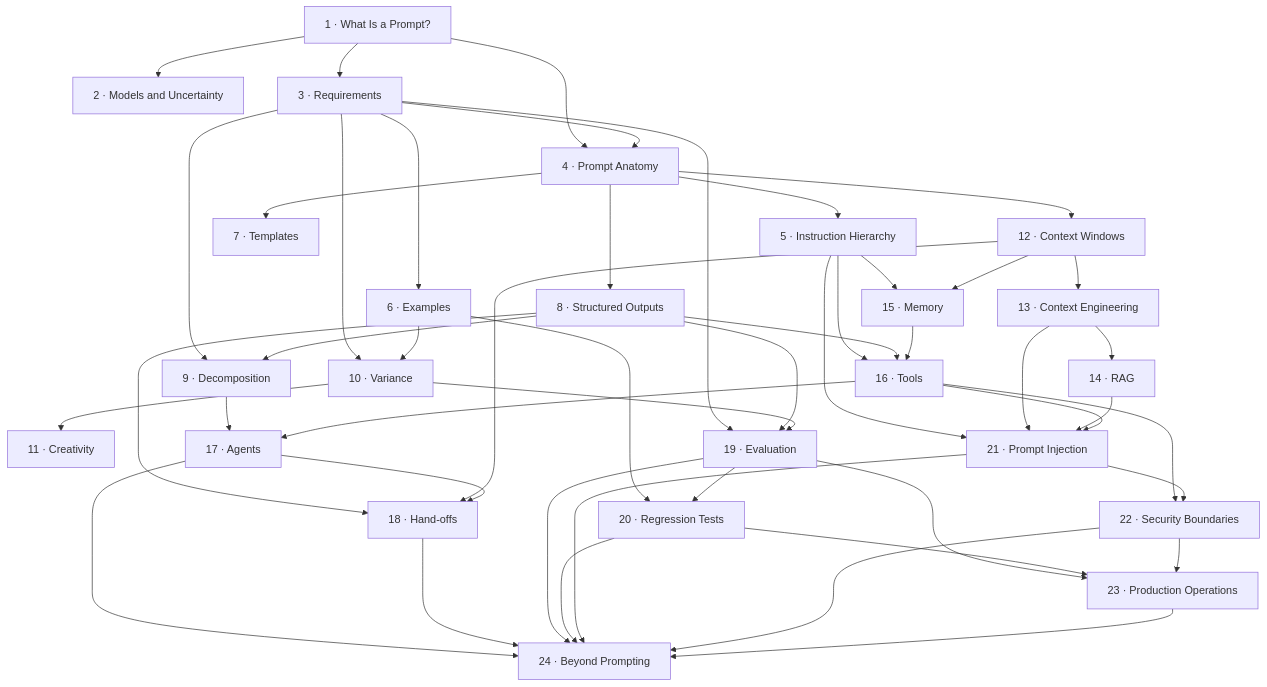
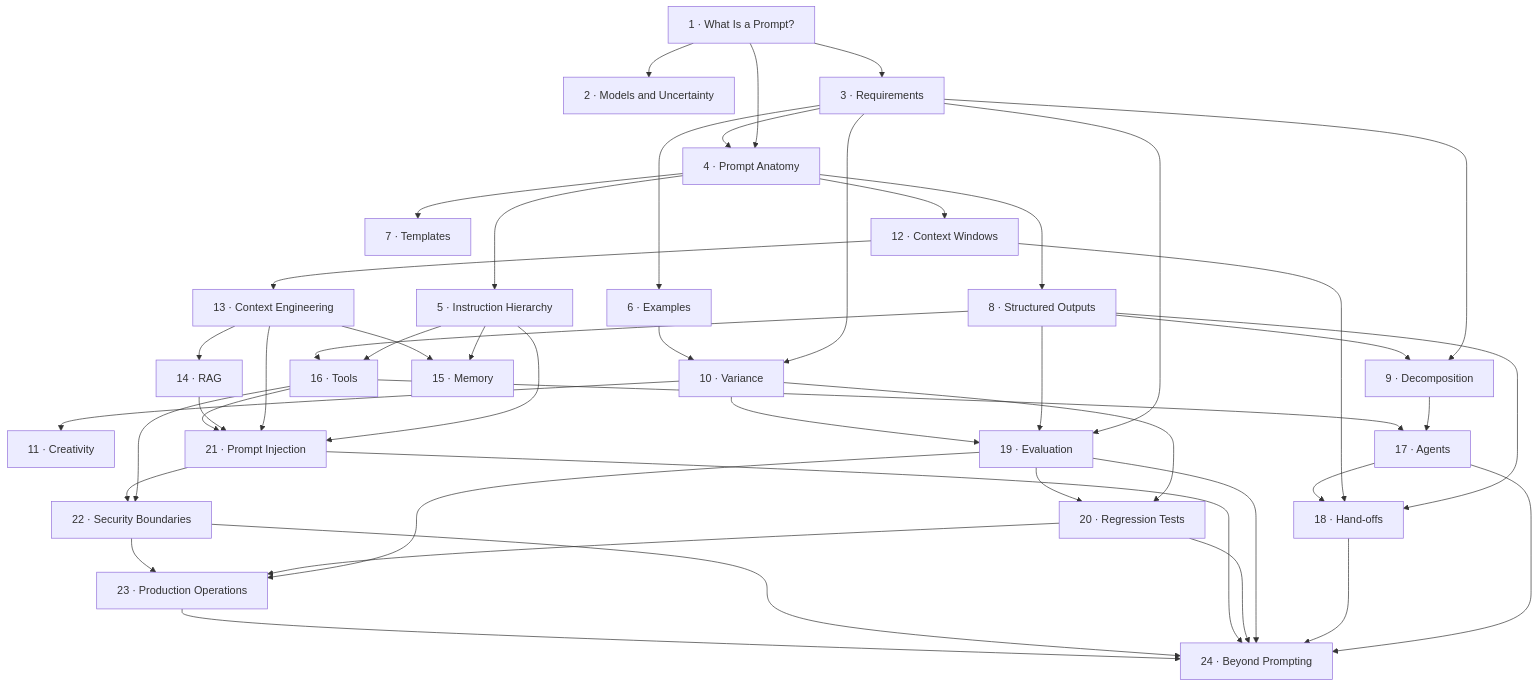
Before and after one commit to Uncle-Taki/tahmures: the diagram in book/project-charter.md, drawn with Mermaid. The commit also changed other lines of this file and 107 other files, not shown here.

````diff
--- a/book/project-charter.md
+++ b/book/project-charter.md
@@ -350,54 +351,53 @@
 ```mermaid
 flowchart TD
     C01["1 · What Is a Prompt?"] --> C02["2 · Models and Uncertainty"]
     C01 --> C03["3 · Requirements"]
     C01 --> C04["4 · Prompt Anatomy"]
     C03 --> C04
 
     C04 --> C05["5 · Instruction Hierarchy"]
     C03 --> C06["6 · Examples"]
     C04 --> C07["7 · Templates"]
     C04 --> C08["8 · Structured Outputs"]
 
     C03 --> C09["9 · Decomposition"]
     C08 --> C09
     C03 --> C10["10 · Variance"]
     C06 --> C10
     C10 --> C11["11 · Creativity"]
 
     C04 --> C12["12 · Context Windows"]
     C12 --> C13["13 · Context Engineering"]
     C13 --> C14["14 · RAG"]
     C05 --> C15["15 · Memory"]
-    C12 --> C15
+    C13 --> C15
     C05 --> C16["16 · Tools"]
     C08 --> C16
-    C15 --> C16
     C09 --> C17["17 · Agents"]
     C16 --> C17
     C08 --> C18["18 · Hand-offs"]
     C12 --> C18
     C17 --> C18
 
     C03 --> C19["19 · Evaluation"]
     C08 --> C19
     C10 --> C19
-    C06 --> C20["20 · Regression Tests"]
+    C10 --> C20["20 · Regression Tests"]
     C19 --> C20
     C05 --> C21["21 · Prompt Injection"]
     C13 --> C21
     C14 --> C21
     C16 --> C21
     C16 --> C22["22 · Security Boundaries"]
     C21 --> C22
     C19 --> C23["23 · Production Operations"]
     C20 --> C23
     C22 --> C23
     C17 --> C24["24 · Beyond Prompting"]
     C18 --> C24
     C19 --> C24
     C20 --> C24
     C21 --> C24
     C22 --> C24
     C23 --> C24
 ```
````
